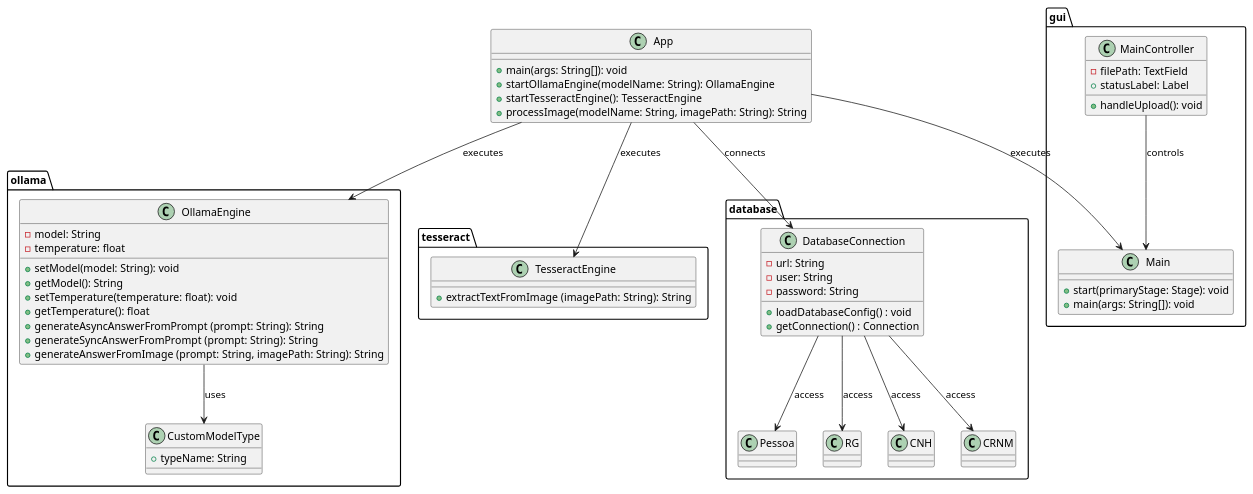
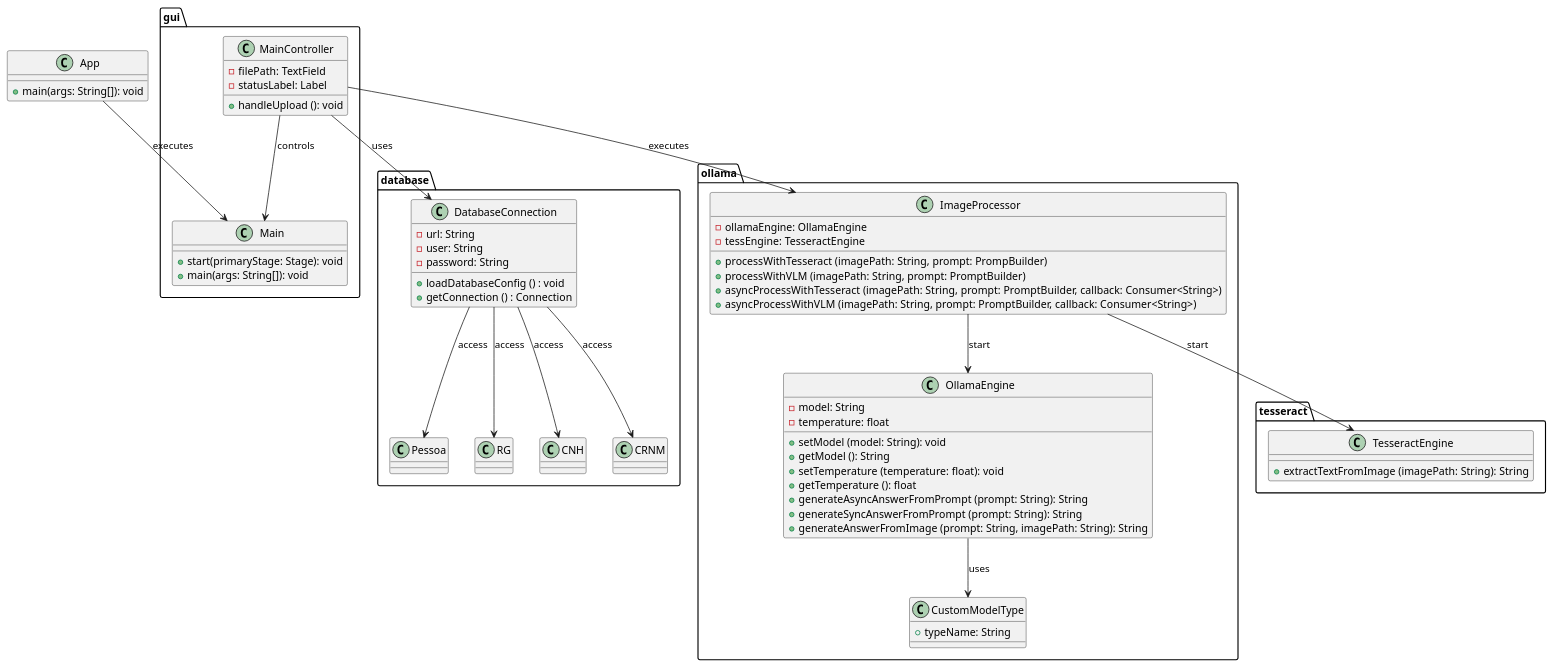
One commit to Titus-System/2semestre-ADS changed the diagram in docs/plant_uml.puml. Above: the diagram before and after it, drawn with PlantUML. The commit also changed 1 other file, not shown here.

Commit message:
docs(uml): atualização diagrama de classes

```diff
--- a/docs/plant_uml.puml
+++ b/docs/plant_uml.puml
@@ -1,87 +1,94 @@
 @startuml plant_uml
 class App {
     + main(args: String[]): void
-    + startOllamaEngine(modelName: String): OllamaEngine
-    + startTesseractEngine(): TesseractEngine
-    + processImage(modelName: String, imagePath: String): String
 }
 
 package gui {
     class Main {
         + start(primaryStage: Stage): void
         + main(args: String[]): void
     }
 
     class MainController {
         - filePath: TextField
-        + statusLabel: Label 
-        + handleUpload(): void
+        - statusLabel: Label 
+        + handleUpload (): void
     }
 
     MainController --> Main : controls
 }
 
 package ollama {
     class CustomModelType {
         + typeName: String
     }
 
     class OllamaEngine {
         - model: String
         - temperature: float
-        + setModel(model: String): void
-        + getModel(): String
-        + setTemperature(temperature: float): void
-        + getTemperature(): float
+        + setModel (model: String): void
+        + getModel (): String
+        + setTemperature (temperature: float): void
+        + getTemperature (): float
         + generateAsyncAnswerFromPrompt (prompt: String): String
         + generateSyncAnswerFromPrompt (prompt: String): String
         + generateAnswerFromImage (prompt: String, imagePath: String): String
     }
 
+    class ImageProcessor {
+        - ollamaEngine: OllamaEngine
+        - tessEngine: TesseractEngine
+        + processWithTesseract (imagePath: String, prompt: PrompBuilder)
+        + processWithVLM (imagePath: String, prompt: PromptBuilder)
+        + asyncProcessWithTesseract (imagePath: String, prompt: PromptBuilder, callback: Consumer<String>)
+        + asyncProcessWithVLM (imagePath: String, prompt: PromptBuilder, callback: Consumer<String>)
+    }
+
+    ImageProcessor --> OllamaEngine: start
     OllamaEngine --> CustomModelType : uses
 }
 
 package tesseract {
     class TesseractEngine {
         + extractTextFromImage (imagePath: String): String
     }
 }
 
 package database {
     class DatabaseConnection {
         - url: String
         - user: String
         - password: String
-        + loadDatabaseConfig() : void
-        + getConnection() : Connection
+        + loadDatabaseConfig () : void
+        + getConnection () : Connection
     }
 
     Class Pessoa {
 
     }
 
     class RG {
 
     }
 
     class CNH {
 
     }
 
     class CRNM {
 
     }
 
     DatabaseConnection --> Pessoa : access
     DatabaseConnection --> RG : access
     DatabaseConnection --> CNH : access
     DatabaseConnection --> CRNM : access
 
 }
 
-App --> OllamaEngine : executes
-App --> TesseractEngine : executes
+MainController --> ImageProcessor: executes
+MainController --> DatabaseConnection: uses
+ImageProcessor --> TesseractEngine: start
 App --> Main : executes
-App --> DatabaseConnection : connects
 
 @enduml
```
